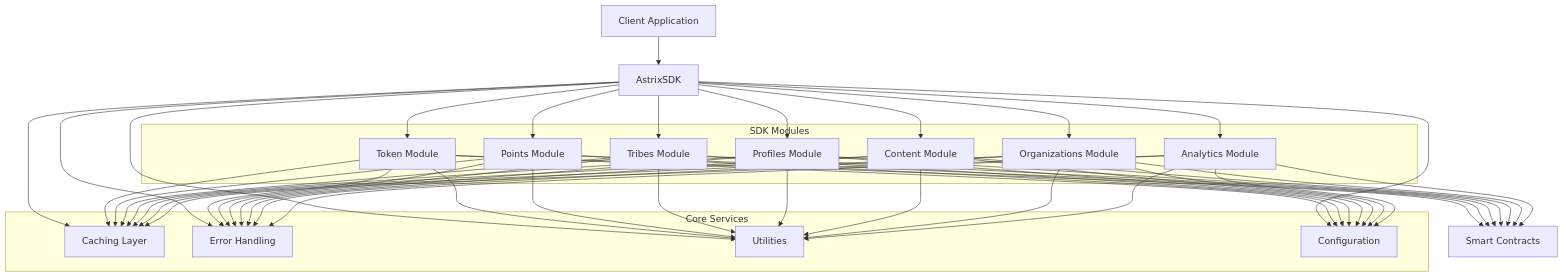
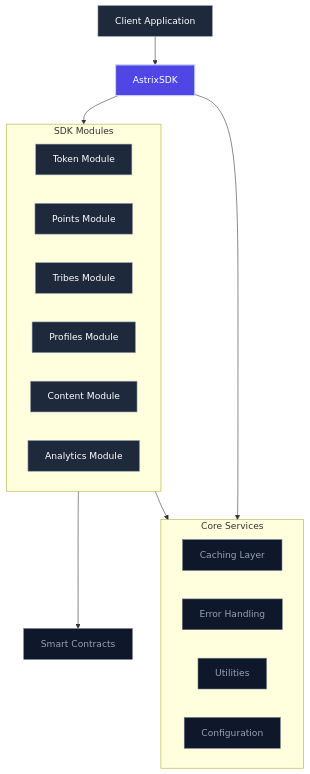
The second of 6 diagrams in docs/user-flows.md (Wasserstoff-Innovation/TribesByAstrix), drawn with Mermaid before and after one commit. The commit also changed other lines of this file and 1 other file, not shown here.

````diff
--- a/docs/user-flows.md
+++ b/docs/user-flows.md
@@ -71,29 +127,30 @@
 ```mermaid
 flowchart TD
     App[Client Application] --> SDK[AstrixSDK]
     
     subgraph SDK_Modules [SDK Modules]
-        TM[Token Module]
-        PTM[Points Module]
-        TBM[Tribes Module]
-        PFM[Profiles Module]
-        CM[Content Module]
-        OM[Organizations Module]
-        AM[Analytics Module]
+        TM[Token Module] & PTM[Points Module] & TBM[Tribes Module] & PFM[Profiles Module] & CM[Content Module] & AM[Analytics Module]
     end
     
     subgraph Core_Services [Core Services]
-        Cache[Caching Layer]
-        ErrorH[Error Handling]
-        Utils[Utilities]
-        Config[Configuration]
+        Cache[Caching Layer] & ErrorH[Error Handling] & Utils[Utilities] & Config[Configuration]
     end
     
-    SDK --> TM & PTM & TBM & PFM & CM & OM & AM
+    SDK --> SDK_Modules
     
-    TM & PTM & TBM & PFM & CM & OM & AM --> Contracts[Smart Contracts]
+    SDK_Modules --> Contracts[Smart Contracts]
     
-    SDK --> Cache & ErrorH & Utils & Config
+    SDK --> Core_Services
     
-    TM & PTM & TBM & PFM & CM & OM & AM --> Cache & ErrorH & Utils & Config
+    SDK_Modules --> Core_Services
+    
+    classDef primary fill:#4f46e5,stroke:#c7d2fe,stroke-width:2px,color:#ffffff;
+    classDef secondary fill:#1e293b,stroke:#94a3b8,stroke-width:1px,color:#ffffff;
+    classDef tertiary fill:#0f172a,stroke:#64748b,stroke-width:1px,color:#94a3b8;
+    
+    class App secondary;
+    class SDK primary;
+    class TM,PTM,TBM,PFM,CM,AM secondary;
+    class Cache,ErrorH,Utils,Config tertiary;
+    class Contracts tertiary;
 ```
````
